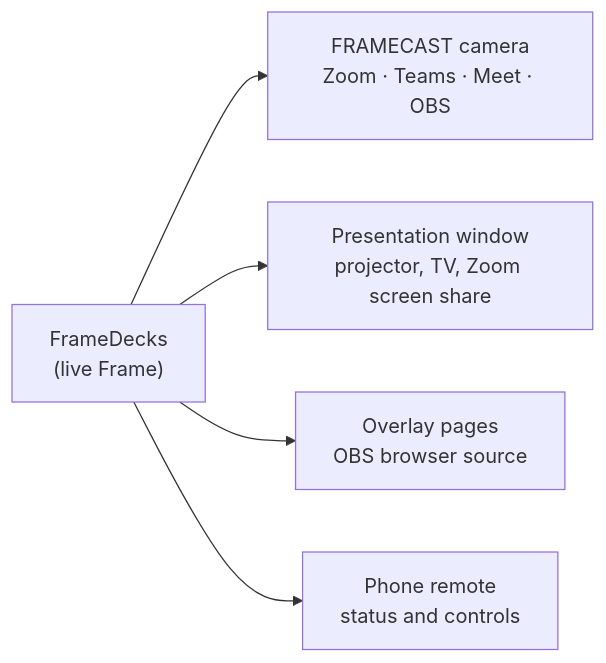
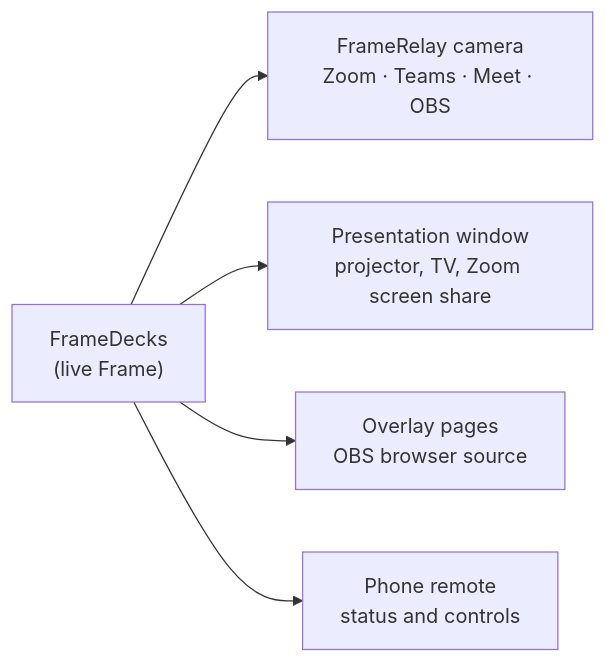
One commit to mshobin/FrameDecks changed the diagram in docs/guide/presentations.md. Above: the diagram before and after it, drawn with Mermaid. The commit also changed other lines of this file and 88 other files, not shown here.

First line of the commit message:
FrameDecks 6.12: FrameRelay, a still hero, Proverbs 16:3, About wording

````diff
--- a/docs/guide/presentations.md
+++ b/docs/guide/presentations.md
@@ -30,7 +30,7 @@
 ```mermaid
 flowchart LR
-  K["FrameDecks<br/>(live Frame)"] --> CAM["FRAMECAST camera<br/>Zoom · Teams · Meet · OBS"]
+  K["FrameDecks<br/>(live Frame)"] --> CAM["FrameRelay camera<br/>Zoom · Teams · Meet · OBS"]
   K --> PW["Presentation window<br/>projector, TV, Zoom screen share"]
   K --> OV["Overlay pages<br/>OBS browser source"]
   K --> PH["Phone remote<br/>status and controls"]
 ```
````
